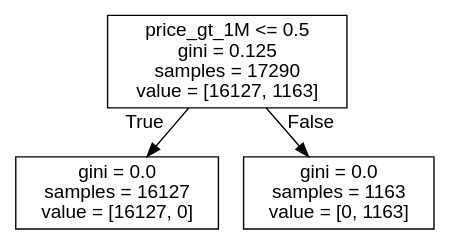
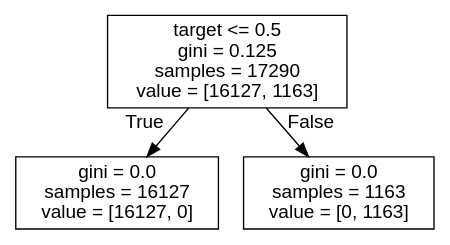
One commit to Rhedhead0621/hw1_hojdila changed the diagram in output/dt.dot. Above: the diagram before and after it, drawn with Graphviz. The commit also changed 3 other files, not shown here.

```diff
--- a/output/dt.dot
+++ b/output/dt.dot
@@ -1,9 +1,9 @@
 digraph Tree {
 node [shape=box, fontname="helvetica"] ;
 edge [fontname="helvetica"] ;
-0 [label="price_gt_1M <= 0.5\ngini = 0.125\nsamples = 17290\nvalue = [16127, 1163]"] ;
+0 [label="target <= 0.5\ngini = 0.125\nsamples = 17290\nvalue = [16127, 1163]"] ;
 1 [label="gini = 0.0\nsamples = 16127\nvalue = [16127, 0]"] ;
 0 -> 1 [labeldistance=2.5, labelangle=45, headlabel="True"] ;
 2 [label="gini = 0.0\nsamples = 1163\nvalue = [0, 1163]"] ;
 0 -> 2 [labeldistance=2.5, labelangle=-45, headlabel="False"] ;
 }
```
